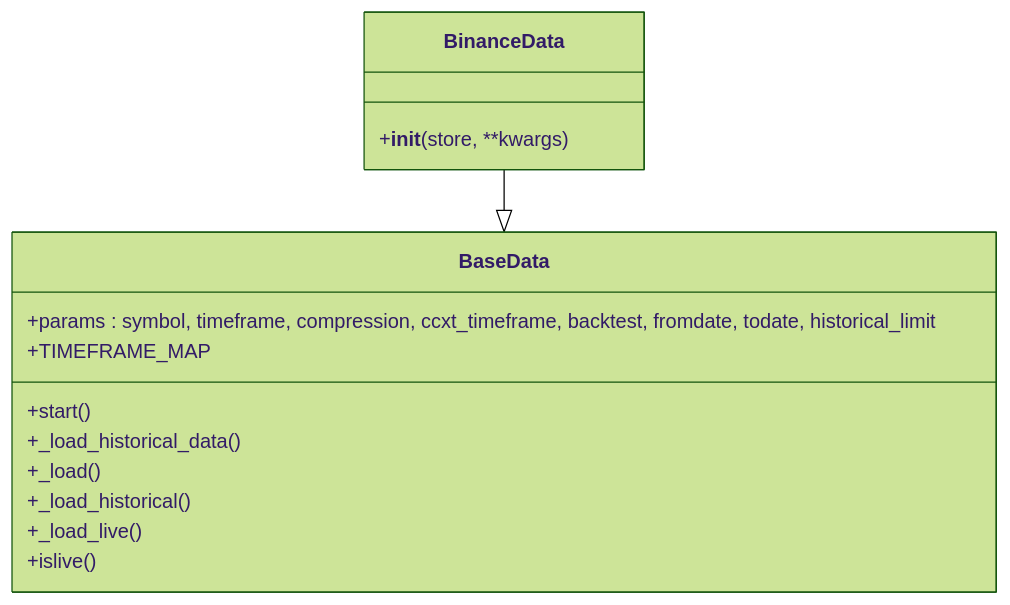
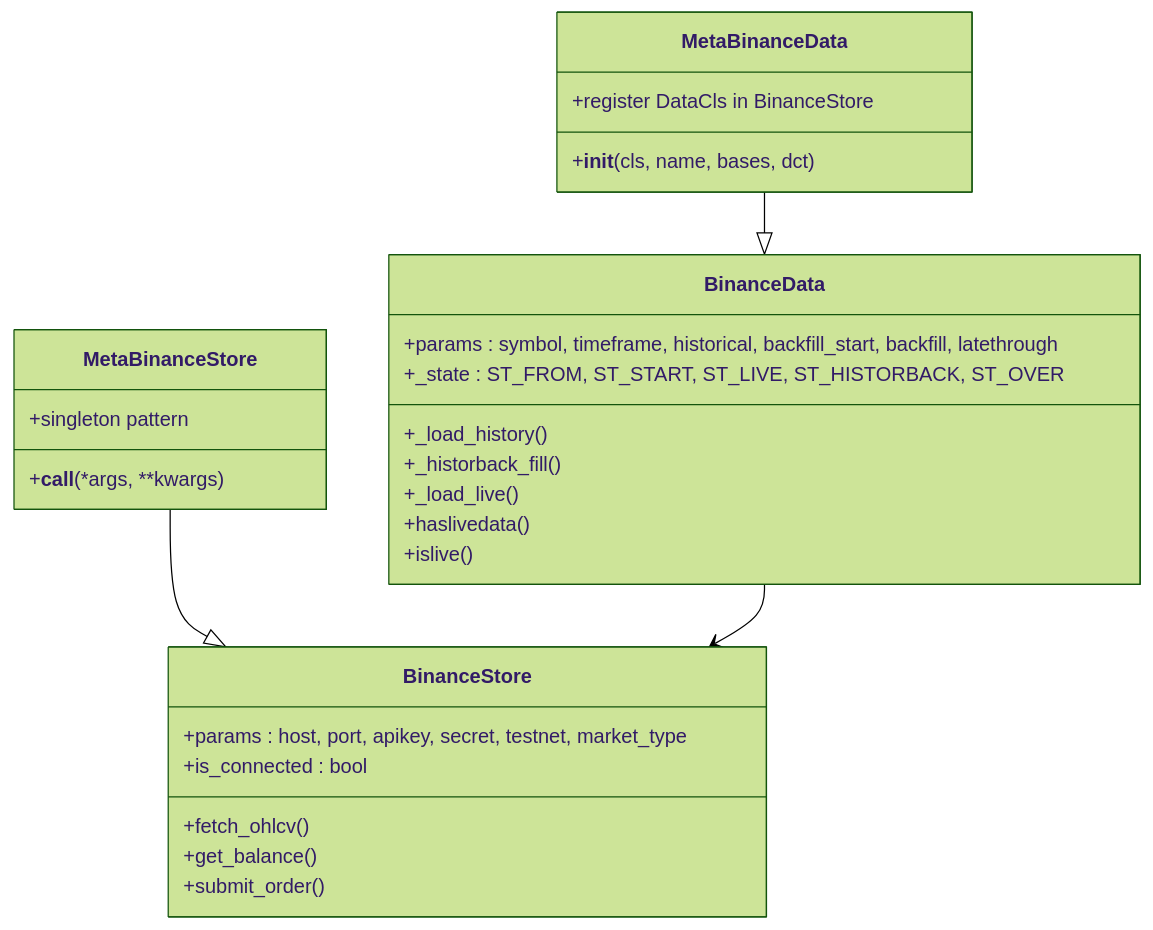
Before and after one commit to bench-prog/backtrader: the third of 6 diagrams in .qoder/repowiki/zh/content/实盘交易模块/Binance交易所集成/BinanceDataFeed数据层.md, drawn with Mermaid (forest theme). The commit also changed other lines of this file and 23 other files, not shown here.

````diff
--- a/.qoder/repowiki/zh/content/实盘交易模块/Binance交易所集成/BinanceDataFeed数据层.md
+++ b/.qoder/repowiki/zh/content/实盘交易模块/Binance交易所集成/BinanceDataFeed数据层.md
@@ -147,17 +139,30 @@
 ```mermaid
 classDiagram
-class BaseData {
-+params : symbol, timeframe, compression, ccxt_timeframe, backtest, fromdate, todate, historical_limit
-+TIMEFRAME_MAP
-+start()
-+_load_historical_data()
-+_load()
-+_load_historical()
+class MetaBinanceData {
++__init__(cls, name, bases, dct)
++register DataCls in BinanceStore
+}
+class BinanceData {
++params : symbol, timeframe, historical, backfill_start, backfill, latethrough
++_state : ST_FROM, ST_START, ST_LIVE, ST_HISTORBACK, ST_OVER
++_load_history()
++_historback_fill()
 +_load_live()
++haslivedata()
 +islive()
 }
-class BinanceData {
-+__init__(store, **kwargs)
+class MetaBinanceStore {
++__call__(*args, **kwargs)
++singleton pattern
 }
-BinanceData --|> BaseData
+class BinanceStore {
++params : host, port, apikey, secret, testnet, market_type
++is_connected : bool
++fetch_ohlcv()
++get_balance()
++submit_order()
+}
+MetaBinanceData --|> BinanceData
+MetaBinanceStore --|> BinanceStore
+BinanceData --> BinanceStore
 ```
````
